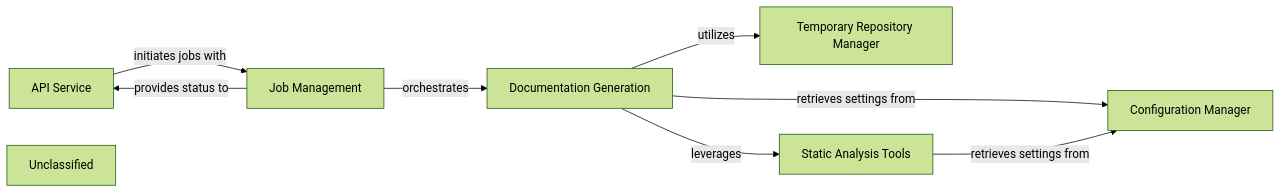
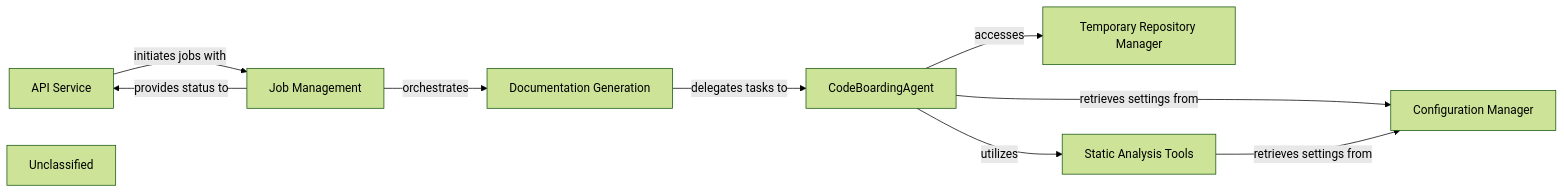
Before and after one commit to CodeBoarding/CodeBoarding: the diagram in .codeboarding/User_Interface_API_Gateway.md, drawn with Mermaid (forest theme). The commit also changed other lines of this file and 19 other files, not shown here.

First line of the commit message:
docs: update codeboarding documentation and generate architecture

````diff
--- a/.codeboarding/User_Interface_API_Gateway.md
+++ b/.codeboarding/User_Interface_API_Gateway.md
@@ -1,17 +1,19 @@
 ```mermaid
 graph LR
     API_Service["API Service"]
     Job_Management["Job Management"]
     Documentation_Generation["Documentation Generation"]
+    CodeBoardingAgent["CodeBoardingAgent"]
     Temporary_Repository_Manager["Temporary Repository Manager"]
     Static_Analysis_Tools["Static Analysis Tools"]
     Configuration_Manager["Configuration Manager"]
     Unclassified["Unclassified"]
     API_Service -- "initiates jobs with" --> Job_Management
     Job_Management -- "orchestrates" --> Documentation_Generation
-    Documentation_Generation -- "utilizes" --> Temporary_Repository_Manager
-    Documentation_Generation -- "leverages" --> Static_Analysis_Tools
-    Documentation_Generation -- "retrieves settings from" --> Configuration_Manager
+    Documentation_Generation -- "delegates tasks to" --> CodeBoardingAgent
+    CodeBoardingAgent -- "utilizes" --> Static_Analysis_Tools
+    CodeBoardingAgent -- "accesses" --> Temporary_Repository_Manager
+    CodeBoardingAgent -- "retrieves settings from" --> Configuration_Manager
     Static_Analysis_Tools -- "retrieves settings from" --> Configuration_Manager
     Job_Management -- "provides status to" --> API_Service
 ```
````
